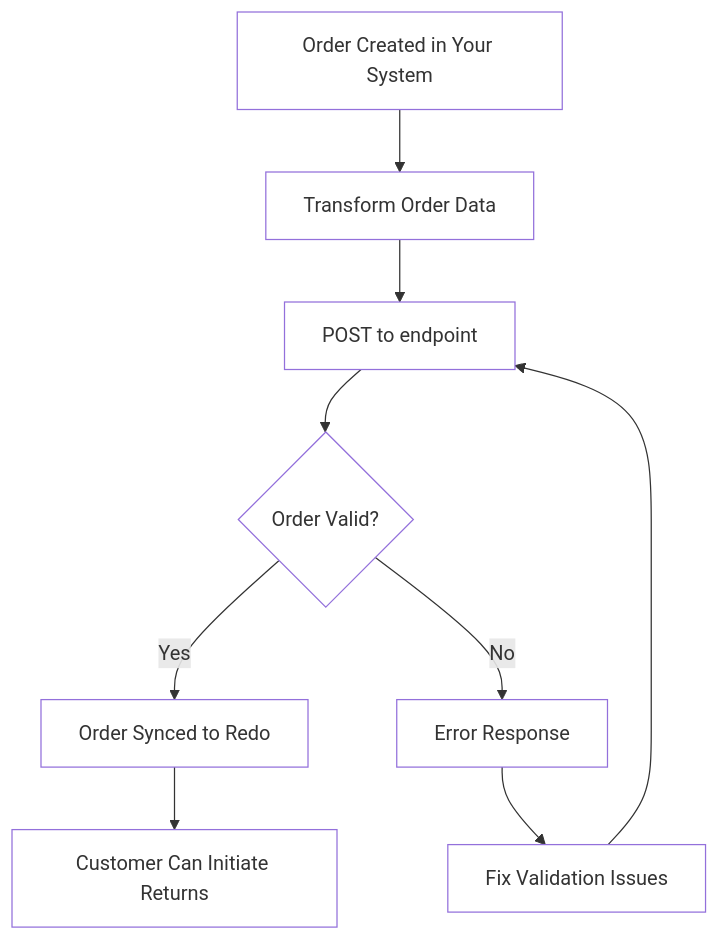
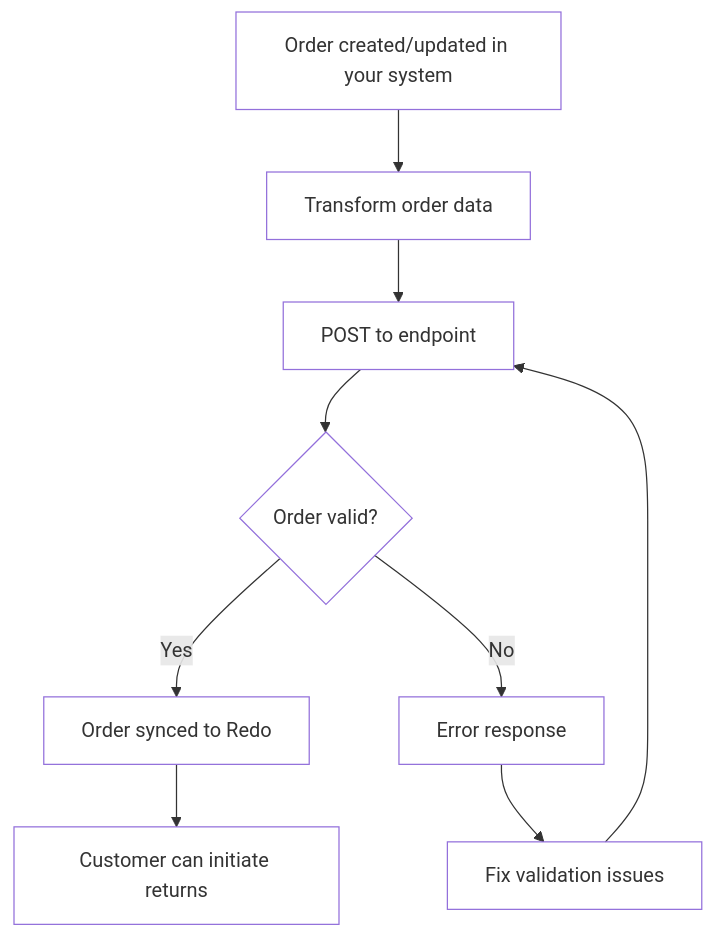
One commit to redoapp/redo-dev changed the diagram in redo/docs/guides/custom-integration.mdx. Above: the diagram before and after it, drawn with Mermaid. The commit also changed other lines of this file and 1 other file, not shown here.

````diff
--- a/redo/docs/guides/custom-integration.mdx
+++ b/redo/docs/guides/custom-integration.mdx
@@ -30,14 +30,14 @@
 ```mermaid
 flowchart TD
-    A[Order Created in Your System] --> B[Transform Order Data]
+    A[Order created/updated in your system] --> B[Transform order data]
     B --> C[POST to endpoint]
-    C --> D{Order Valid?}
-    D -->|Yes| E[Order Synced to Redo]
-    D -->|No| F[Error Response]
-    F --> G[Fix Validation Issues]
+    C --> D{Order valid?}
+    D -->|Yes| E[Order synced to Redo]
+    D -->|No| F[Error response]
+    F --> G[Fix validation issues]
     G --> C
-    E --> H[Customer Can Initiate Returns]
+    E --> H[Customer can initiate returns]
 
     classDef transparent fill:transparent
     class A,B,C,D,E,F,G,H transparent
 ```
````
